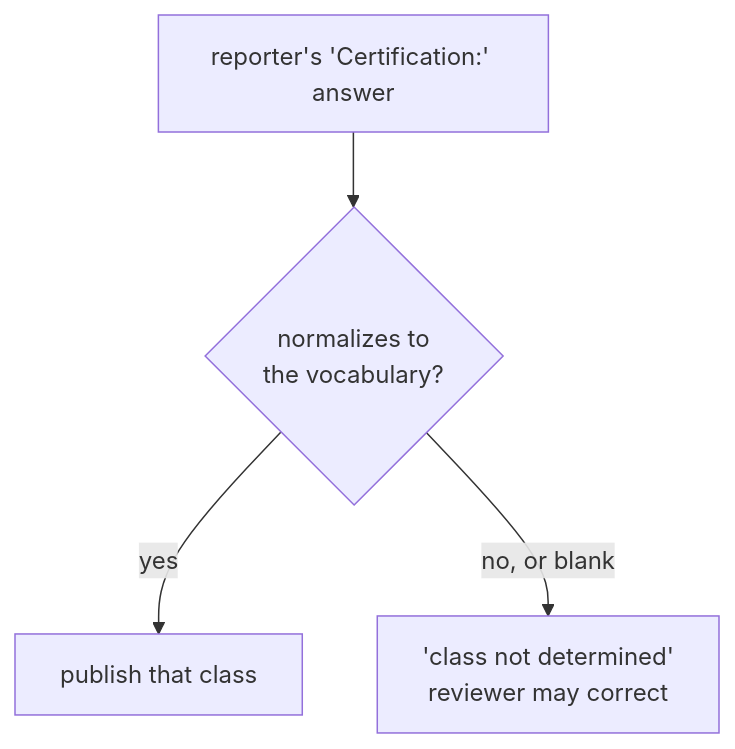
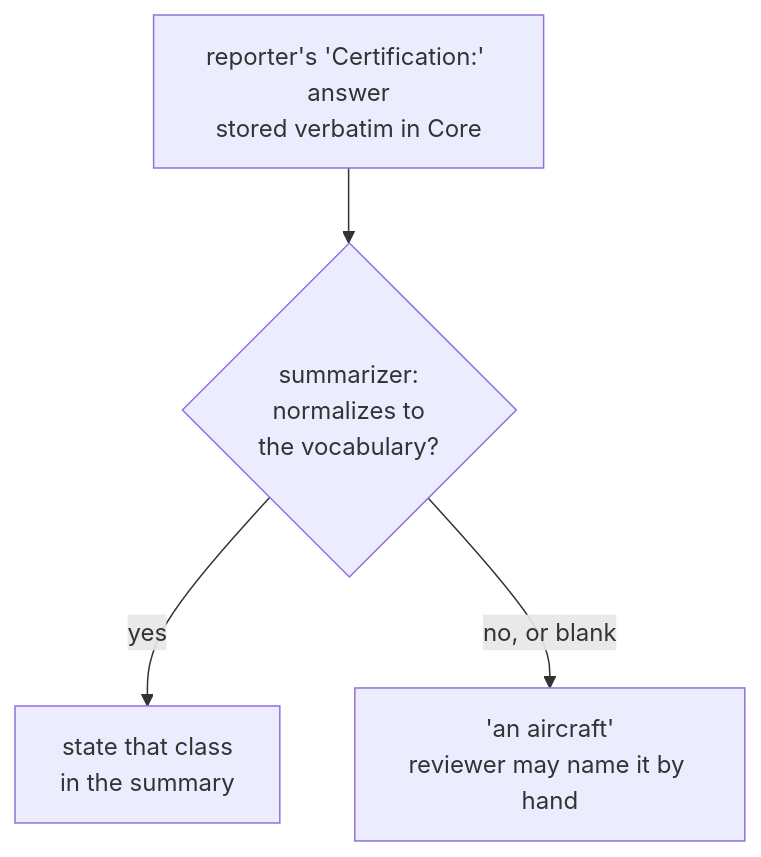
One commit to HPAC-Safety/safety-report changed the diagram in skills/aircraft-classification/SKILL.md. Above: the diagram before and after it, drawn with Mermaid. The commit also changed other lines of this file and 18 other files, not shown here.

````diff
--- a/skills/aircraft-classification/SKILL.md
+++ b/skills/aircraft-classification/SKILL.md
@@ -35,6 +44,6 @@
 ```mermaid
 flowchart TD
-    A["reporter's 'Certification:' answer"] --> B{"normalizes to<br/>the vocabulary?"}
-    B -->|yes| C["publish that class"]
-    B -->|no, or blank| D["'class not determined'<br/>reviewer may correct"]
+    A["reporter's 'Certification:' answer<br/>stored verbatim in Core"] --> B{"summarizer:<br/>normalizes to<br/>the vocabulary?"}
+    B -->|yes| C["state that class<br/>in the summary"]
+    B -->|no, or blank| D["'an aircraft'<br/>reviewer may name it by hand"]
 ```
````
